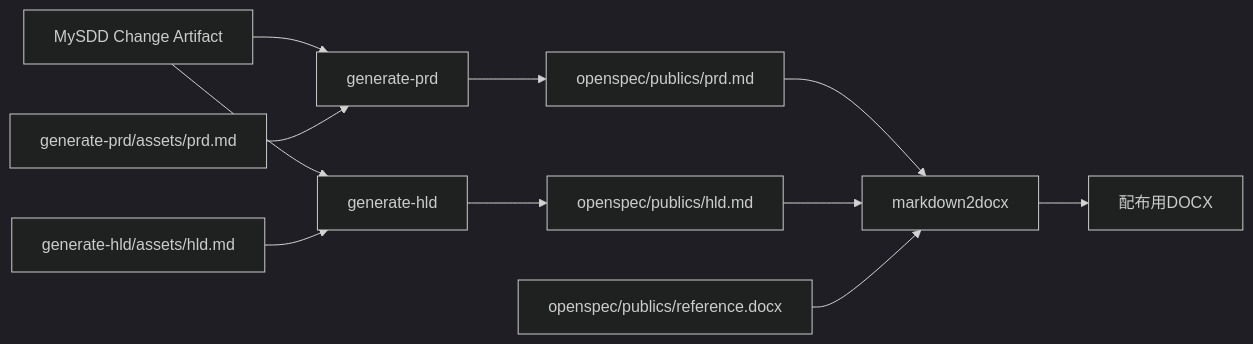
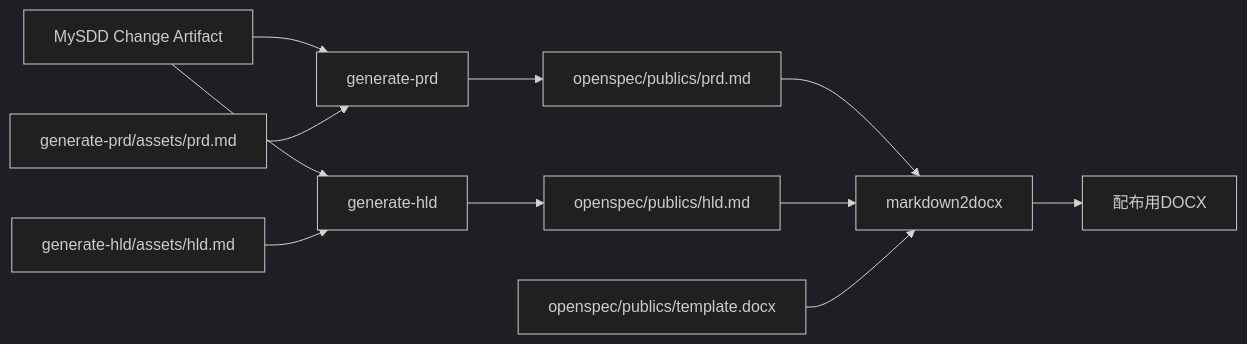
The second of 2 diagrams in docs/references/MySDD-Spec.md (k5-mot/SETUP.md), drawn with Mermaid (dark theme) before and after one commit. The commit also changed other lines of this file and 8 other files, not shown here.

````diff
--- a/docs/references/MySDD-Spec.md
+++ b/docs/references/MySDD-Spec.md
@@ -390,13 +391,13 @@
 ```mermaid
 flowchart LR
     artifacts[MySDD Change Artifact] --> genprd[generate-prd]
     artifacts --> genhld[generate-hld]
     prdasset[generate-prd/assets/prd.md] --> genprd
     hldasset[generate-hld/assets/hld.md] --> genhld
     genprd --> prd[openspec/publics/prd.md]
     genhld --> hld[openspec/publics/hld.md]
     prd --> convert[markdown2docx]
     hld --> convert
-    reference[openspec/publics/reference.docx] --> convert
+    template[openspec/publics/template.docx] --> convert
     convert --> docx[配布用DOCX]
 ```
````
